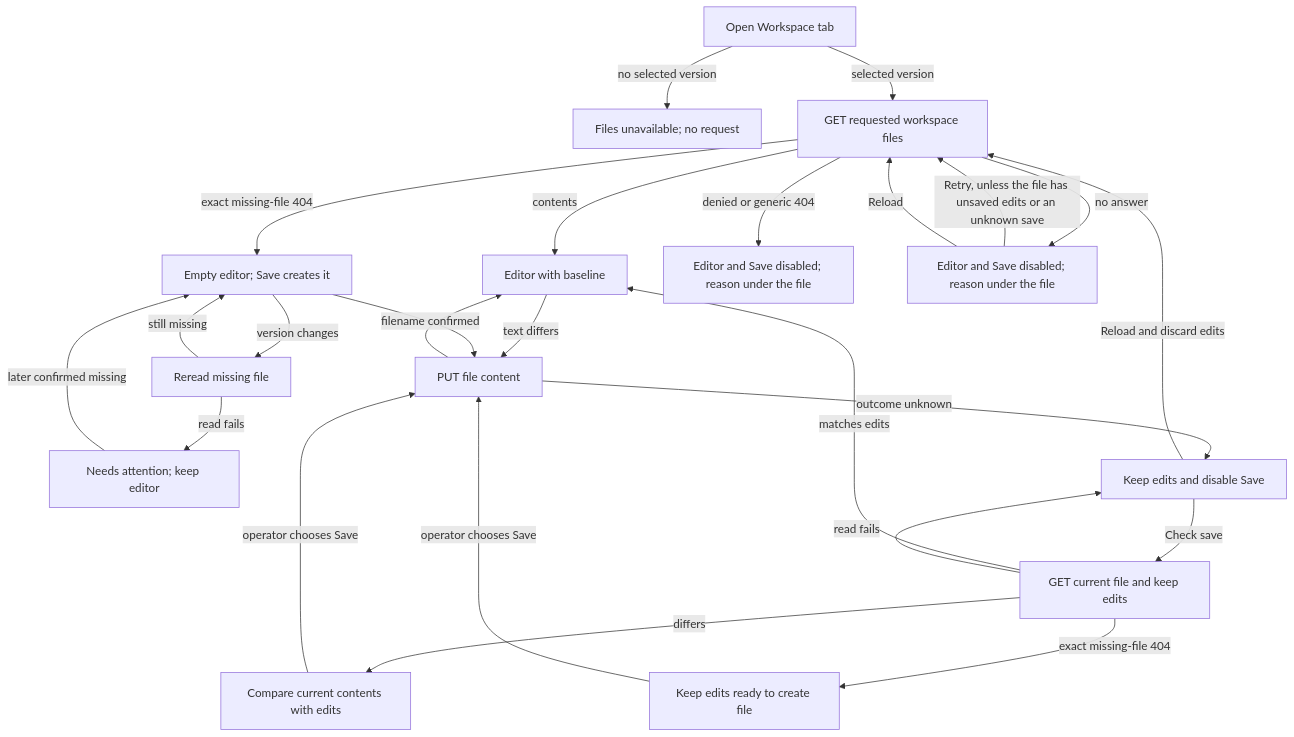
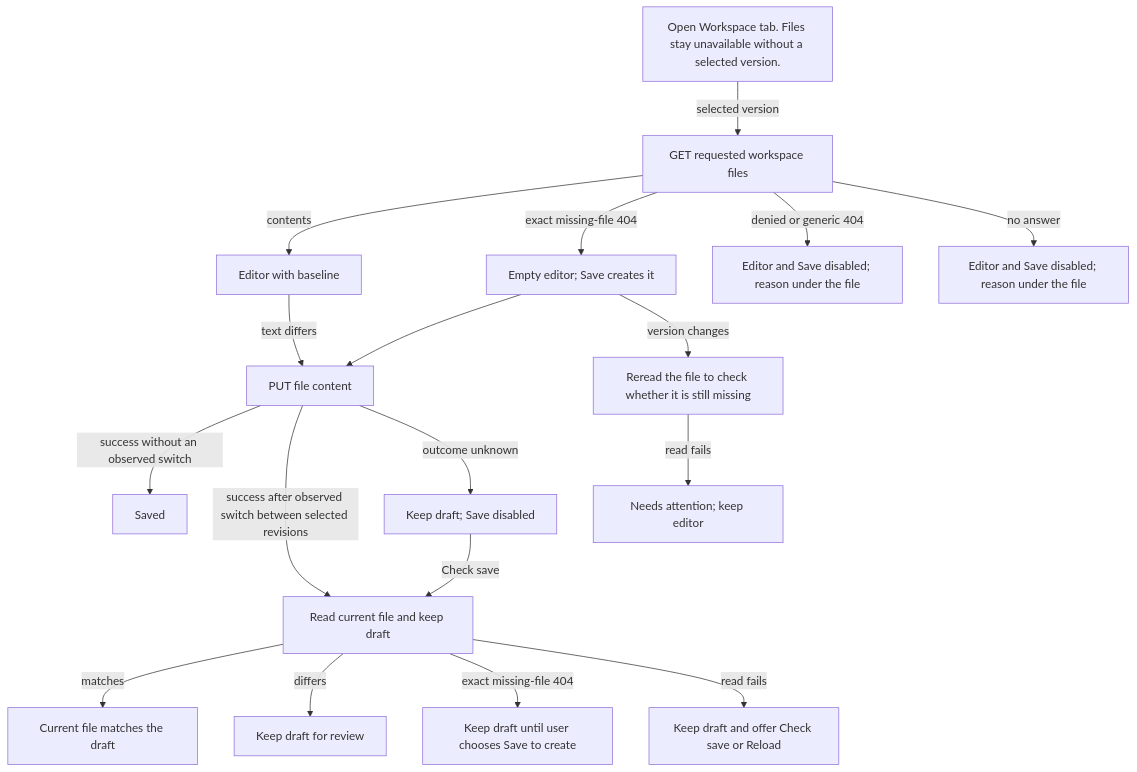
One commit to openclaw/openclaw-enterprise changed the diagram in docs/flows/platform-console/agent-workspace-files.md. Above: the diagram before and after it, drawn with Mermaid. The commit also changed other lines of this file and 3 other files, not shown here.

First line of the commit message:
Keep workspace edits when the previous version answers a save

````diff
--- a/docs/flows/platform-console/agent-workspace-files.md
+++ b/docs/flows/platform-console/agent-workspace-files.md
@@ -23,27 +23,21 @@
 ```mermaid
 graph TD
-  A["Open Workspace tab"] -->|no selected version| U["Files unavailable; no request"]
+  A["Open Workspace tab. Files stay unavailable without a selected version."]
   A -->|selected version| R["GET requested workspace files"]
   R -->|contents| E["Editor with baseline"]
   R -->|exact missing-file 404| M["Empty editor; Save creates it"]
   R -->|denied or generic 404| D["Editor and Save disabled; reason under the file"]
   R -->|no answer| N["Editor and Save disabled; reason under the file"]
-  N -->|Retry, unless the file has unsaved edits or an unknown save| R
-  N -->|Reload| R
   E -->|text differs| S["PUT file content"]
   M --> S
-  M -->|version changes| V["Reread missing file"]
-  V -->|still missing| M
+  M -->|version changes| V["Reread the file to check whether it is still missing"]
   V -->|read fails| F["Needs attention; keep editor"]
-  F -->|later confirmed missing| M
-  S -->|filename confirmed| E
-  S -->|outcome unknown| L["Keep edits and disable Save"]
-  L -->|Check save| C["GET current file and keep edits"]
-  C -->|matches edits| E
-  C -->|differs| B["Compare current contents with edits"]
-  B -->|operator chooses Save| S
-  C -->|exact missing-file 404| K["Keep edits ready to create file"]
-  K -->|operator chooses Save| S
-  C -->|read fails| L
-  L -->|Reload and discard edits| R
+  S -->|success without an observed switch| T["Saved"]
+  S -->|success after observed switch between selected revisions| C["Read current file and keep draft"]
+  S -->|outcome unknown| L["Keep draft; Save disabled"]
+  L -->|Check save| C
+  C -->|matches| Y["Current file matches the draft"]
+  C -->|differs| B["Keep draft for review"]
+  C -->|exact missing-file 404| K["Keep draft until user chooses Save to create"]
+  C -->|read fails| Q["Keep draft and offer Check save or Reload"]
 ```
````
